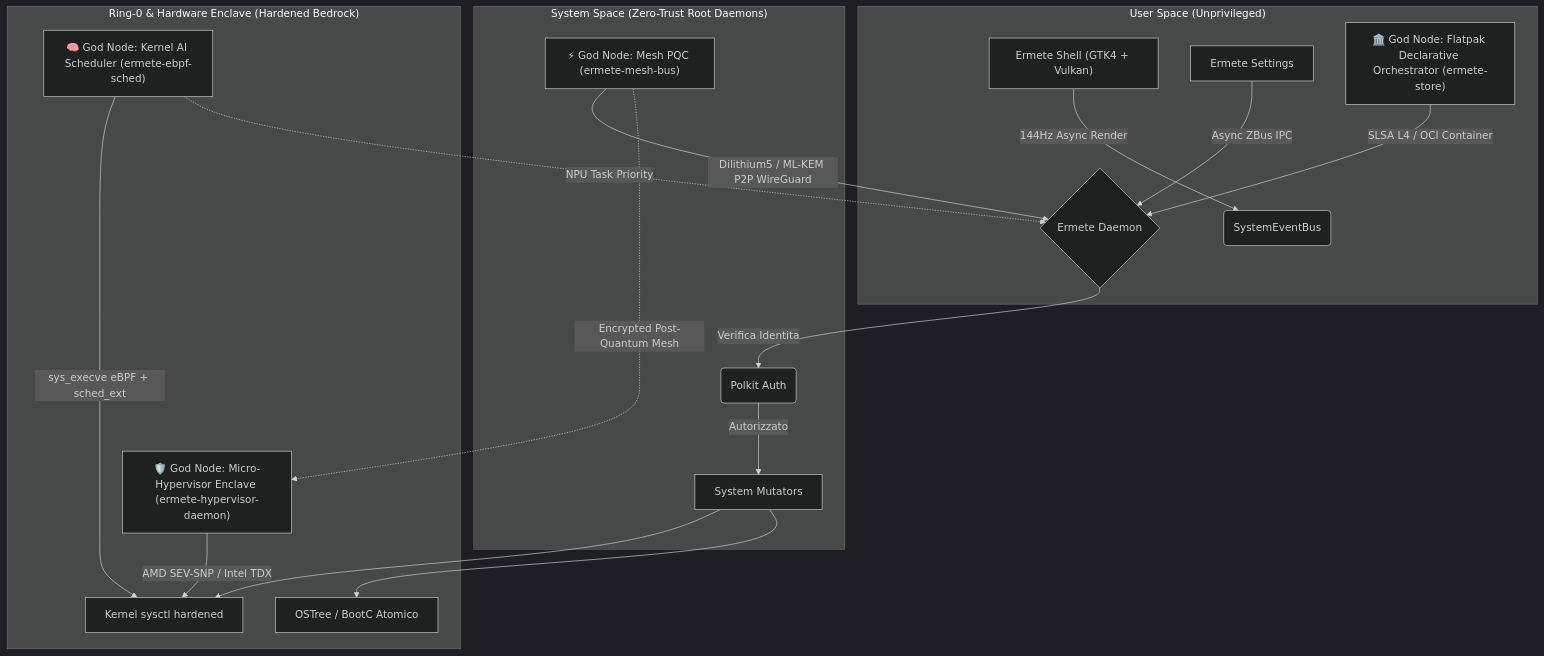
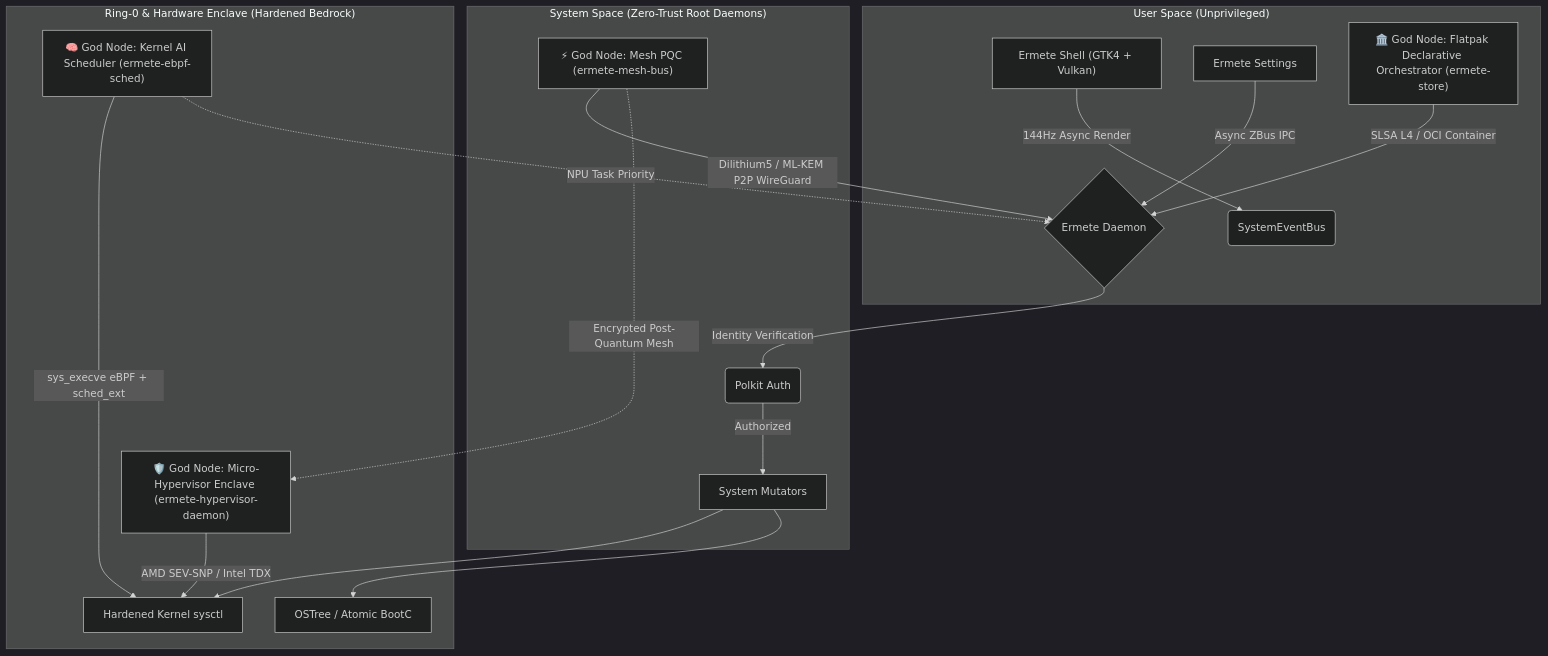
One commit to hr-mes/ermete-os changed the first of 3 diagrams in README.md. Above: the diagram before and after it, drawn with Mermaid (dark theme). The commit also changed other lines of this file, not shown here.

````diff
--- a/README.md
+++ b/README.md
@@ -58,24 +58,24 @@
 ```mermaid
 graph TD
     subgraph User_Space ["User Space (Unprivileged)"]
         A["Ermete Shell (GTK4 + Vulkan)"] -->|144Hz Async Render| B("SystemEventBus")
         C["Ermete Settings"] -->|Async ZBus IPC| D{"Ermete Daemon"}
         GOD4["🏛️ God Node: Flatpak Declarative Orchestrator (ermete-store)"] -->|SLSA L4 / OCI Container| D
     end
 
     subgraph System_Space ["System Space (Zero-Trust Root Daemons)"]
-        D -->|Verifica Identita| F("Polkit Auth")
-        F -->|Autorizzato| H["System Mutators"]
+        D -->|Identity Verification| F("Polkit Auth")
+        F -->|Authorized| H["System Mutators"]
         GOD3["⚡ God Node: Mesh PQC (ermete-mesh-bus)"] -->|Dilithium5 / ML-KEM P2P WireGuard| D
     end
 
     subgraph Ring_0_Hardware ["Ring-0 & Hardware Enclave (Hardened Bedrock)"]
-        H --> I["Kernel sysctl hardened"]
-        H --> J["OSTree / BootC Atomico"]
+        H --> I["Hardened Kernel sysctl"]
+        H --> J["OSTree / Atomic BootC"]
         GOD1["🧠 God Node: Kernel AI Scheduler (ermete-ebpf-sched)"] -->|sys_execve eBPF + sched_ext| I
         GOD2["🛡️ God Node: Micro-Hypervisor Enclave (ermete-hypervisor-daemon)"] -->|AMD SEV-SNP / Intel TDX| I
     end
 
     GOD1 -.->|NPU Task Priority| D
     GOD3 -.->|Encrypted Post-Quantum Mesh| GOD2
 ```
````
